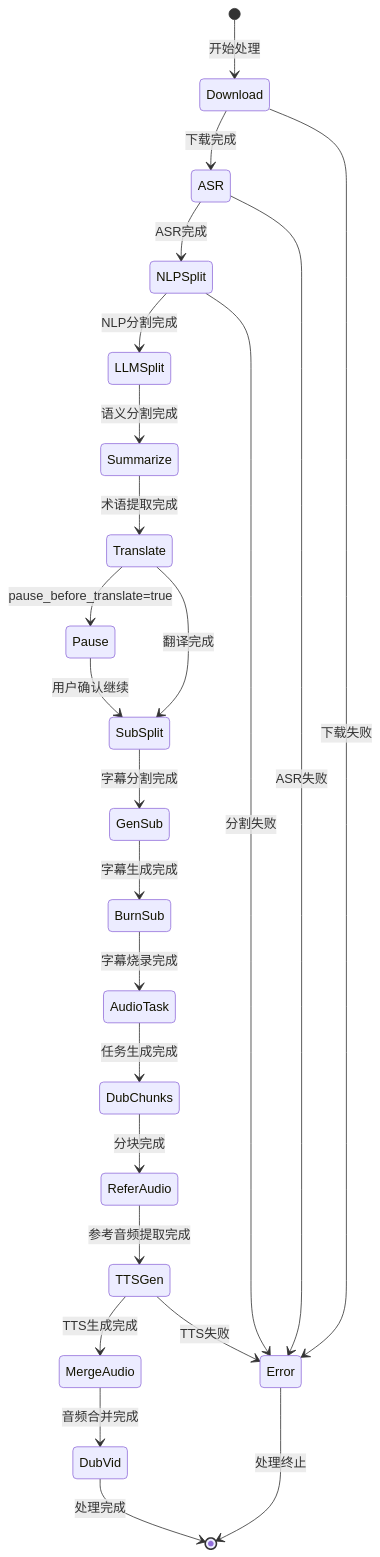
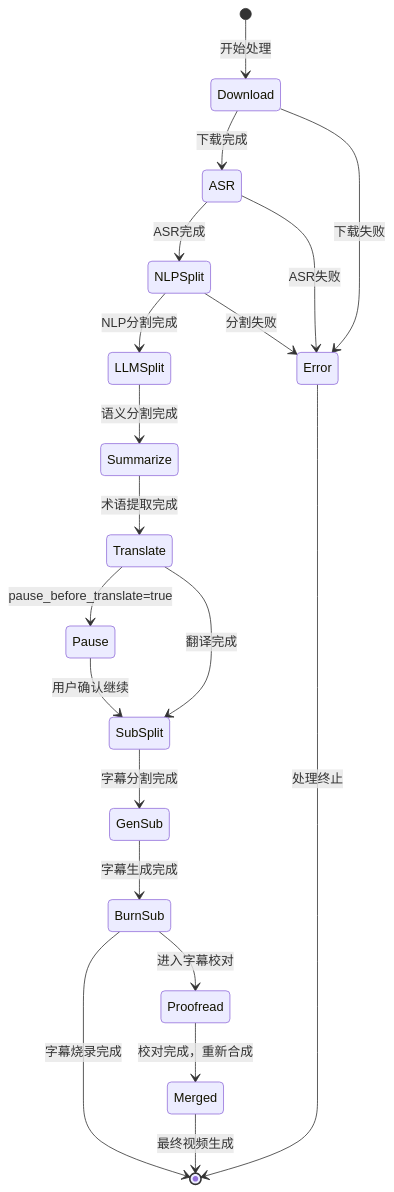
Before and after one commit to NuoManDai/VedioAITranslateSub: diagram 16 of 21 in docs/ARCHITECTURE.md, drawn with Mermaid. The commit also changed other lines of this file and 1 other file, not shown here.

````diff
--- a/docs/ARCHITECTURE.md
+++ b/docs/ARCHITECTURE.md
@@ -869,43 +1074,36 @@
 ```mermaid
 stateDiagram-v2
     [*] --> Download: 开始处理
     
     Download --> ASR: 下载完成
     Download --> Error: 下载失败
     
     ASR --> NLPSplit: ASR完成
     ASR --> Error: ASR失败
     
     NLPSplit --> LLMSplit: NLP分割完成
     NLPSplit --> Error: 分割失败
     
     LLMSplit --> Summarize: 语义分割完成
     
     Summarize --> Translate: 术语提取完成
     
     Translate --> Pause: pause_before_translate=true
     Translate --> SubSplit: 翻译完成
     
     Pause --> SubSplit: 用户确认继续
     
     SubSplit --> GenSub: 字幕分割完成
     
     GenSub --> BurnSub: 字幕生成完成
     
-    BurnSub --> AudioTask: 字幕烧录完成
+    BurnSub --> [*]: 字幕烧录完成
     
-    AudioTask --> DubChunks: 任务生成完成
+    BurnSub --> Proofread: 进入字幕校对
     
-    DubChunks --> ReferAudio: 分块完成
+    Proofread --> Merged: 校对完成，重新合成
     
-    ReferAudio --> TTSGen: 参考音频提取完成
-    
-    TTSGen --> MergeAudio: TTS生成完成
-    TTSGen --> Error: TTS失败
-    
-    MergeAudio --> DubVid: 音频合并完成
-    
-    DubVid --> [*]: 处理完成
+    Merged --> [*]: 最终视频生成
     
     Error --> [*]: 处理终止
 ```
````
